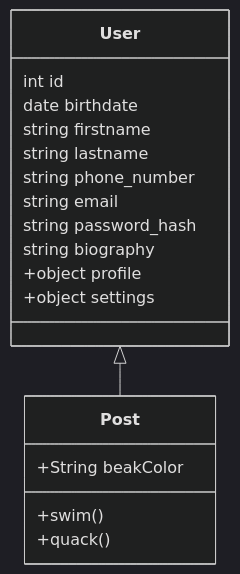
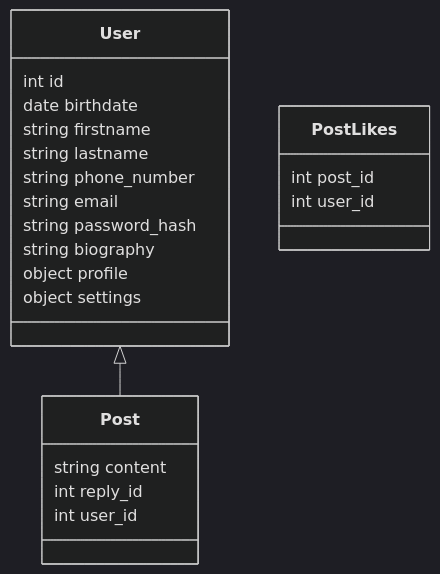
One commit to fairfield-programming/general-backend changed the diagram in readme.md. Above: the diagram before and after it, drawn with Mermaid (dark theme).

Commit message:
Changed Up Diagram Again

````diff
--- a/readme.md
+++ b/readme.md
@@ -13,24 +13,29 @@
 ```mermaid
 
 classDiagram
     User <|-- Post
 
     User : int id
     User : date birthdate
     User : string firstname
     User : string lastname
     User : string phone_number
     User : string email
     User : string password_hash
     User : string biography
 
-    User : +object profile
-    User : +object settings
+    User : object profile
+    User : object settings
 
     class Post{
-      +String beakColor
-      +swim()
-      +quack()
+      string content
+      int reply_id
+      int user_id
+    }
+
+    class PostLikes {
+        int post_id
+        int user_id
     }
 
 ```
````
